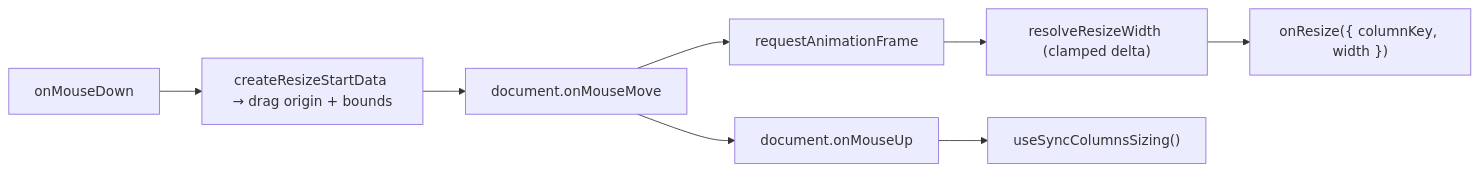
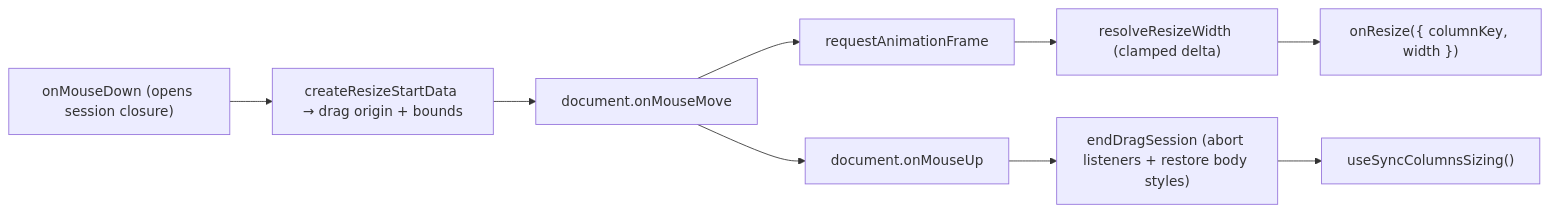
Before and after one commit to luciocabrera/lcabrera-stack: the first of 3 diagrams in packages/ui/src/components/Table/hooks/ARCHITECTURE.md, drawn with Mermaid. The commit also changed other lines of this file and 19 other files, not shown here.

````diff
--- a/packages/ui/src/components/Table/hooks/ARCHITECTURE.md
+++ b/packages/ui/src/components/Table/hooks/ARCHITECTURE.md
@@ -27,10 +34,11 @@
 ```mermaid
 graph LR
-  MD["onMouseDown"] --> Track["createResizeStartData → drag origin + bounds"]
+  MD["onMouseDown (opens session closure)"] --> Track["createResizeStartData → drag origin + bounds"]
   Track --> Move["document.onMouseMove"]
   Move --> RAF["requestAnimationFrame"]
   RAF --> Clamp["resolveResizeWidth (clamped delta)"]
   Clamp --> Resize["onResize({ columnKey, width })"]
   Move --> Up["document.onMouseUp"]
-  Up --> Sync["useSyncColumnsSizing()"]
+  Up --> End["endDragSession (abort listeners + restore body styles)"]
+  End --> Sync["useSyncColumnsSizing()"]
 ```
````
